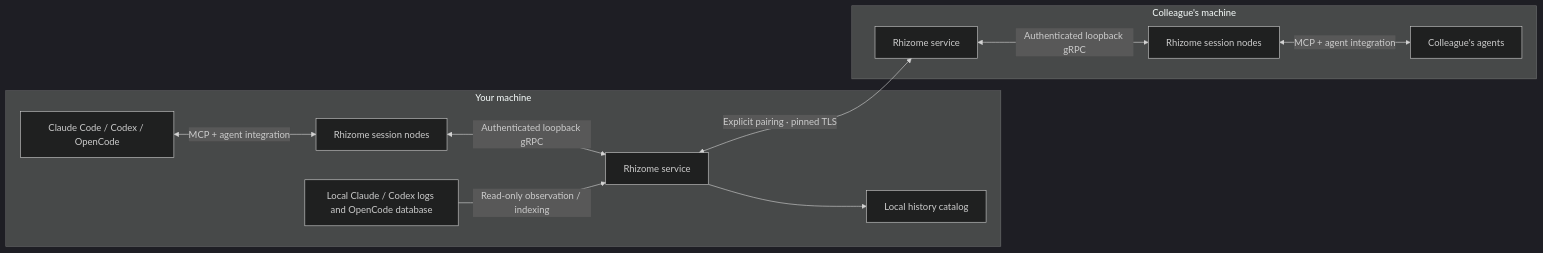
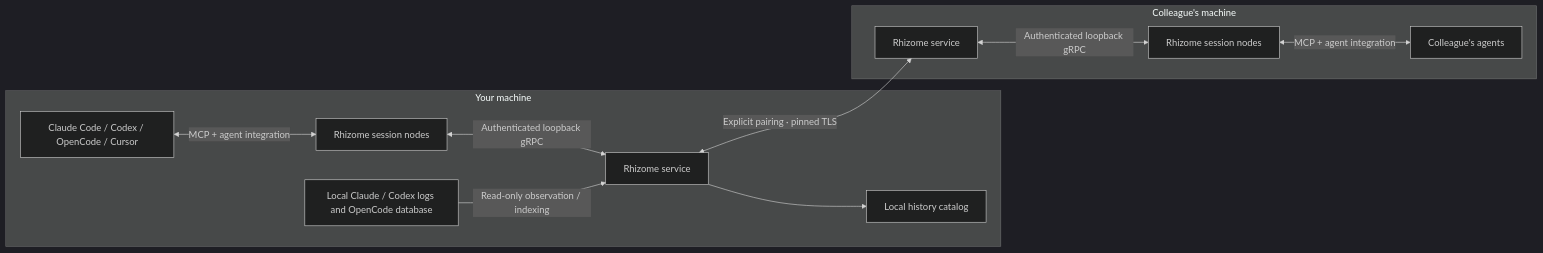
Before and after one commit to aliengiraffe/rhizome: the diagram in README.md, drawn with Mermaid (dark theme). The commit also changed other lines of this file and 1 other file, not shown here.

Commit message:
docs: clarify collaboration workflows and Rhizome architecture (#65)

````diff
--- a/README.md
+++ b/README.md
@@ -163,14 +164,14 @@
 ```mermaid
 flowchart LR
     subgraph A[Your machine]
-        A1[Claude Code / Codex / OpenCode] <-->|MCP + agent integration| AM[Rhizome session nodes]
+        A1[Claude Code / Codex / OpenCode / Cursor] <-->|MCP + agent integration| AM[Rhizome session nodes]
         AM <-->|Authenticated loopback gRPC| AS[Rhizome service]
         AL[Local Claude / Codex logs and OpenCode database] -->|Read-only observation / indexing| AS
         AS --> AH[Local history catalog]
     end
     subgraph B[Colleague's machine]
         BS[Rhizome service] <-->|Authenticated loopback gRPC| BM[Rhizome session nodes]
         BM <-->|MCP + agent integration| B1[Colleague's agents]
     end
     AS <-->|Explicit pairing · pinned TLS| BS
 ```
````
